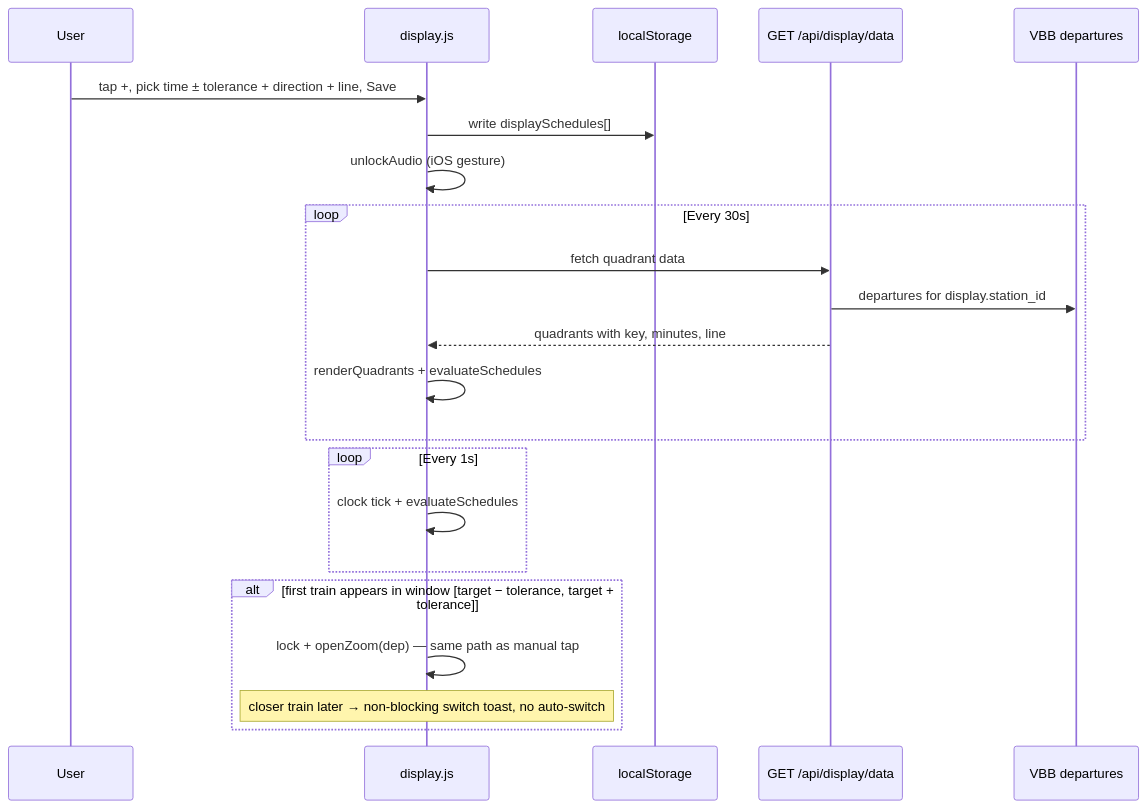
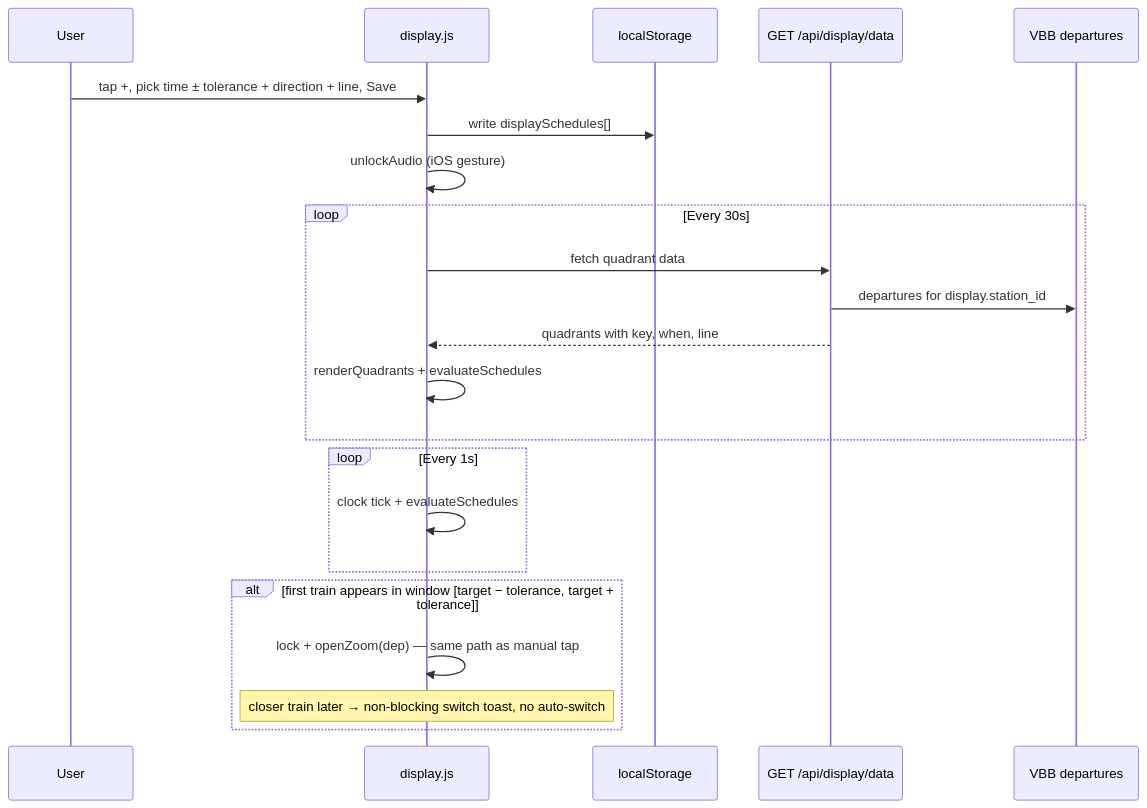
The fourth of 4 diagrams in README.md (momonala/trainspotter), drawn with Mermaid before and after one commit. The commit also changed other lines of this file and 5 other files, not shown here.

First line of the commit message:
refactor(display)!: departures carry ISO timestamps, not floor minutes

````diff
--- a/README.md
+++ b/README.md
@@ -144,28 +144,28 @@
 ```mermaid
 sequenceDiagram
   participant User
   participant Display as display.js
   participant LS as localStorage
   participant Flask as GET /api/display/data
   participant VBB as VBB departures
 
   User->>Display: tap +, pick time ± tolerance + direction + line, Save
   Display->>LS: write displaySchedules[]
   Display->>Display: unlockAudio (iOS gesture)
 
   loop Every 30s
     Display->>Flask: fetch quadrant data
     Flask->>VBB: departures for display.station_id
-    Flask-->>Display: quadrants with key, minutes, line
+    Flask-->>Display: quadrants with key, when, line
     Display->>Display: renderQuadrants + evaluateSchedules
   end
 
   loop Every 1s
     Display->>Display: clock tick + evaluateSchedules
   end
 
   alt first train appears in window [target − tolerance, target + tolerance]
     Display->>Display: lock + openZoom(dep) — same path as manual tap
     Note over Display: closer train later → non-blocking switch toast, no auto-switch
   end
 ```
````
